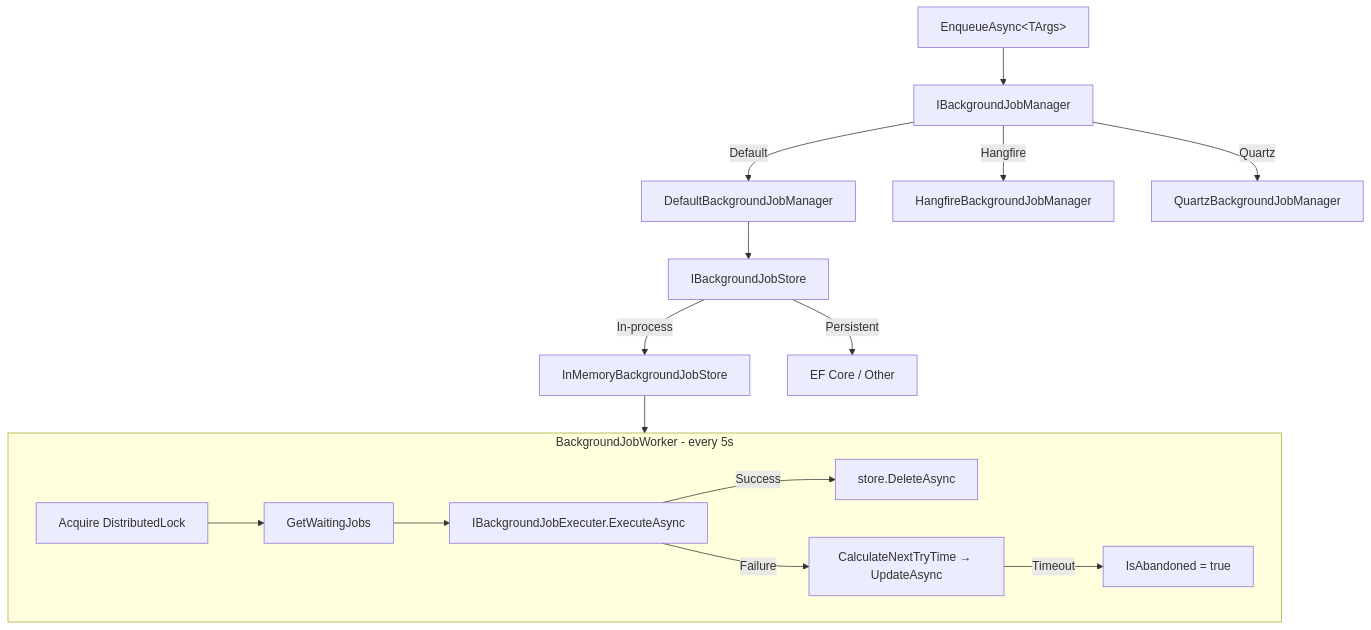
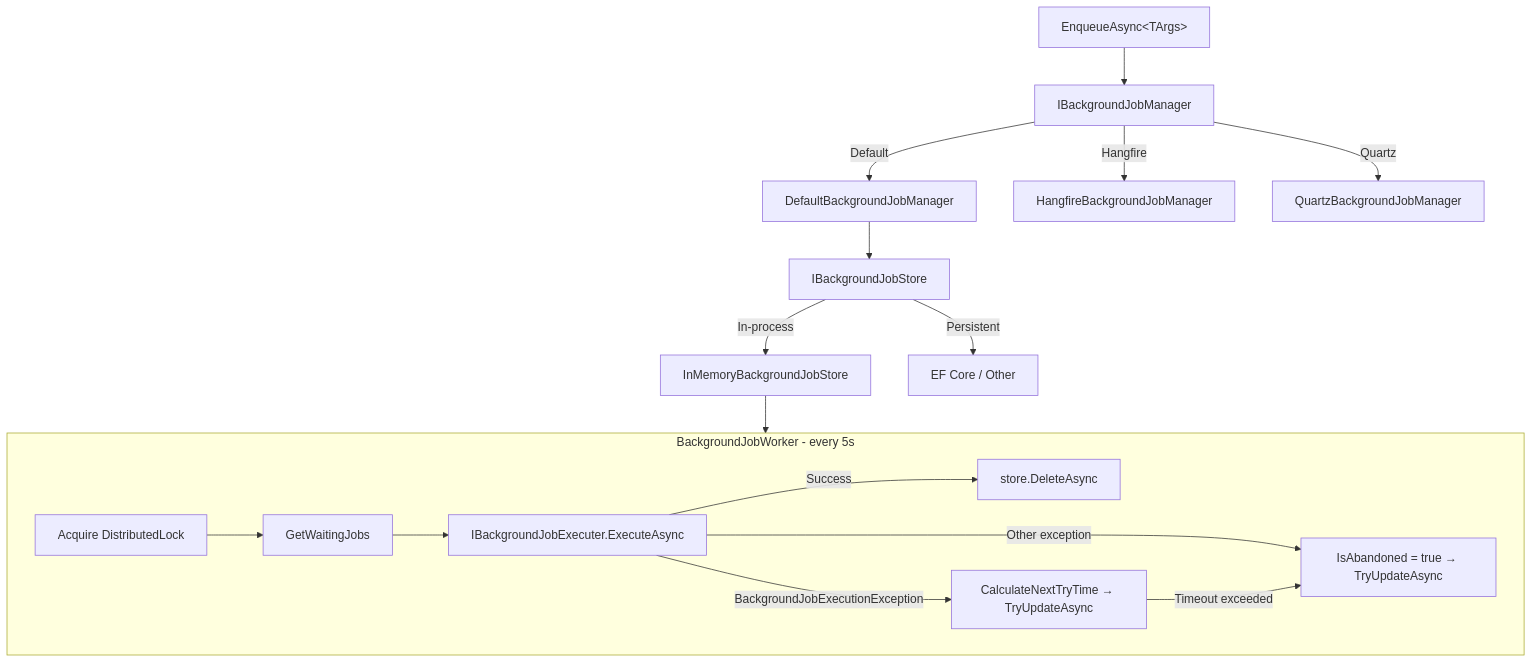
One commit to mintlify-atlas/docs-wiki-a1b1ff33 changed the diagram in infrastructure/background-jobs-workers.mdx. Above: the diagram before and after it, drawn with Mermaid. The commit also changed other lines of this file and 51 other files, not shown here.

````diff
--- a/infrastructure/background-jobs-workers.mdx
+++ b/infrastructure/background-jobs-workers.mdx
@@ -289,20 +361,21 @@
 ```mermaid
 flowchart TD
     EM[EnqueueAsync&lt;TArgs&gt;] --> BJMGR[IBackgroundJobManager]
     BJMGR -->|Default| DBJM[DefaultBackgroundJobManager]
     BJMGR -->|Hangfire| HBM[HangfireBackgroundJobManager]
     BJMGR -->|Quartz| QBM[QuartzBackgroundJobManager]
     DBJM --> STORE[IBackgroundJobStore]
     STORE -->|In-process| IMSTORE[InMemoryBackgroundJobStore]
     STORE -->|Persistent| DBSTORE[EF Core / Other]
 
     subgraph PollingLoop [BackgroundJobWorker - every 5s]
         DL[Acquire DistributedLock] --> FETCH[GetWaitingJobs]
         FETCH --> EXEC[IBackgroundJobExecuter.ExecuteAsync]
         EXEC -->|Success| DEL[store.DeleteAsync]
-        EXEC -->|Failure| RETRY[CalculateNextTryTime → UpdateAsync]
-        RETRY -->|Timeout| ABANDON[IsAbandoned = true]
+        EXEC -->|BackgroundJobExecutionException| RETRY[CalculateNextTryTime → TryUpdateAsync]
+        EXEC -->|Other exception| ABANDON[IsAbandoned = true → TryUpdateAsync]
+        RETRY -->|Timeout exceeded| ABANDON
     end
 
     IMSTORE --> PollingLoop
 ```
````
